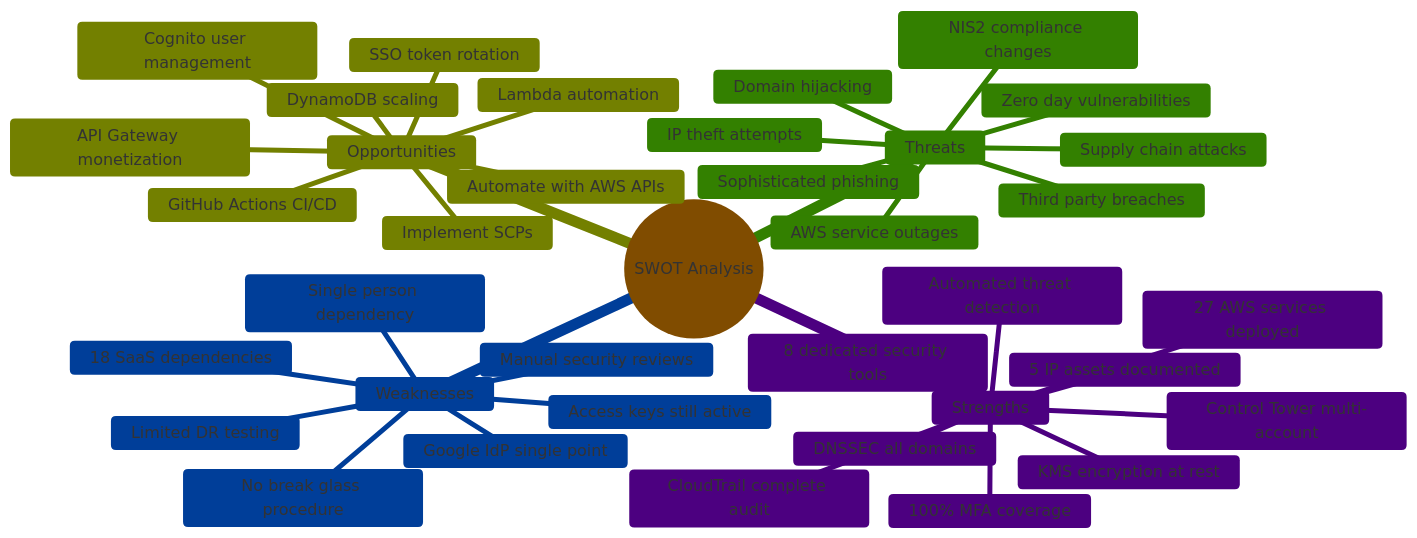
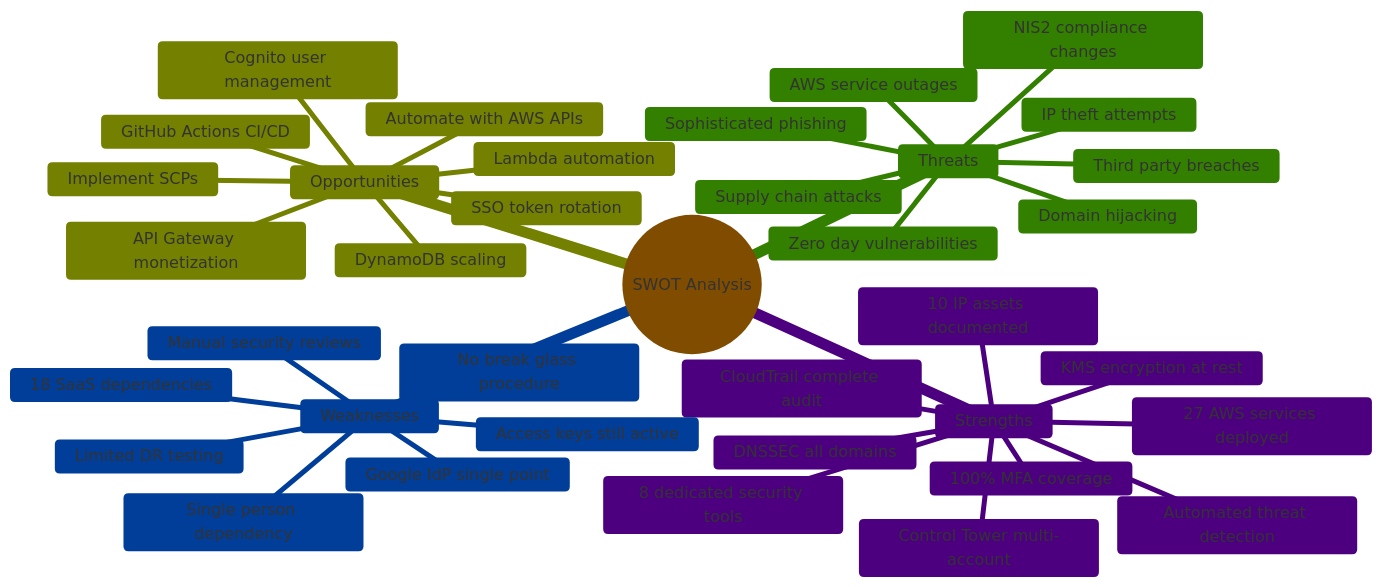
The fifth of 8 diagrams in Asset_Register.md (Hack23/ISMS-PUBLIC), drawn with Mermaid before and after one commit. The commit also changed other lines of this file and 9 other files, not shown here.

````diff
--- a/Asset_Register.md
+++ b/Asset_Register.md
@@ -527,43 +529,43 @@
 ```mermaid
 %%{
   init: { 'theme': 'base', 'themeVariables': { 'primaryColor': '#FF9800', 'lineColor': '#FF9800' } }
 }%%
 mindmap
   root((SWOT Analysis))
     Strengths
       27 AWS services deployed
       8 dedicated security tools
       Control Tower multi-account
       100% MFA coverage
       DNSSEC all domains
       CloudTrail complete audit
       KMS encryption at rest
       Automated threat detection
-      5 IP assets documented
+      10 IP assets documented
     Weaknesses
       Single person dependency
       Access keys still active
       No break glass procedure
       Limited DR testing
       Manual security reviews
       18 SaaS dependencies
       Google IdP single point
     Opportunities
       Automate with AWS APIs
       Implement SCPs
       SSO token rotation
       Lambda automation
       GitHub Actions CI/CD
       API Gateway monetization
       DynamoDB scaling
       Cognito user management
     Threats
       Supply chain attacks
       Zero day vulnerabilities
       AWS service outages
       Sophisticated phishing
       NIS2 compliance changes
       Third party breaches
       Domain hijacking
       IP theft attempts
 ```
````
